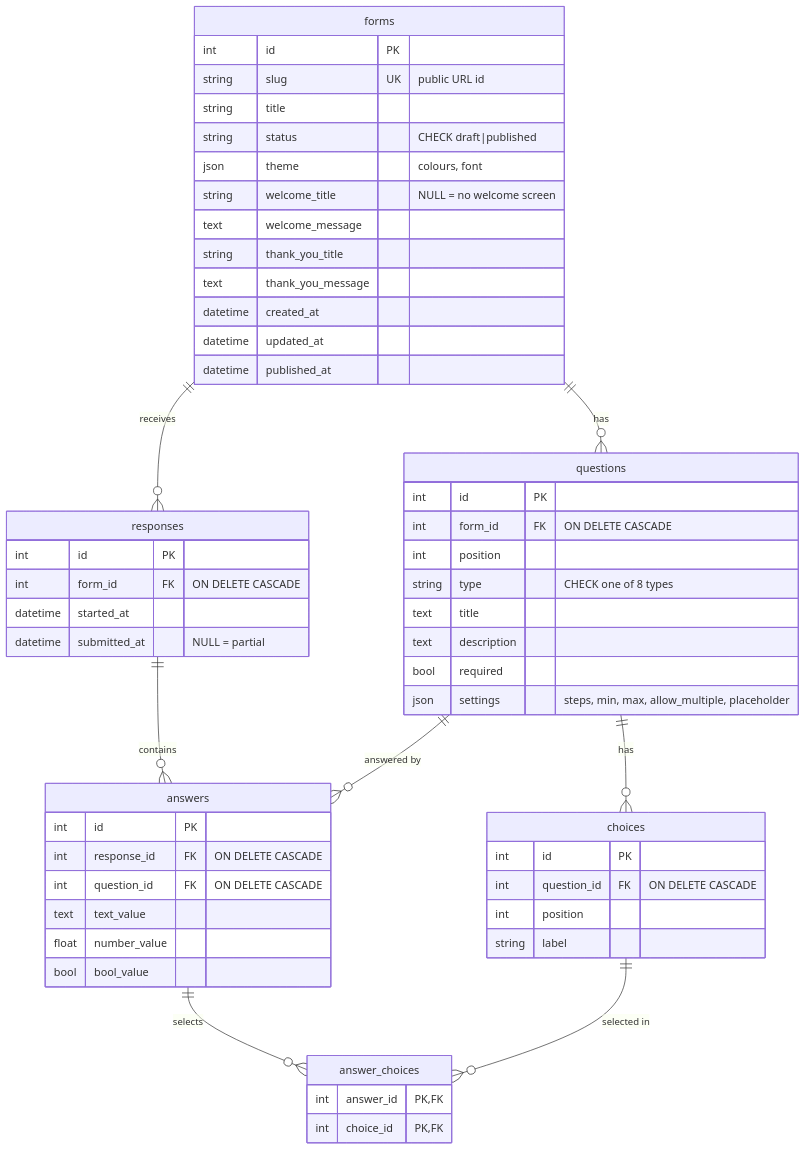
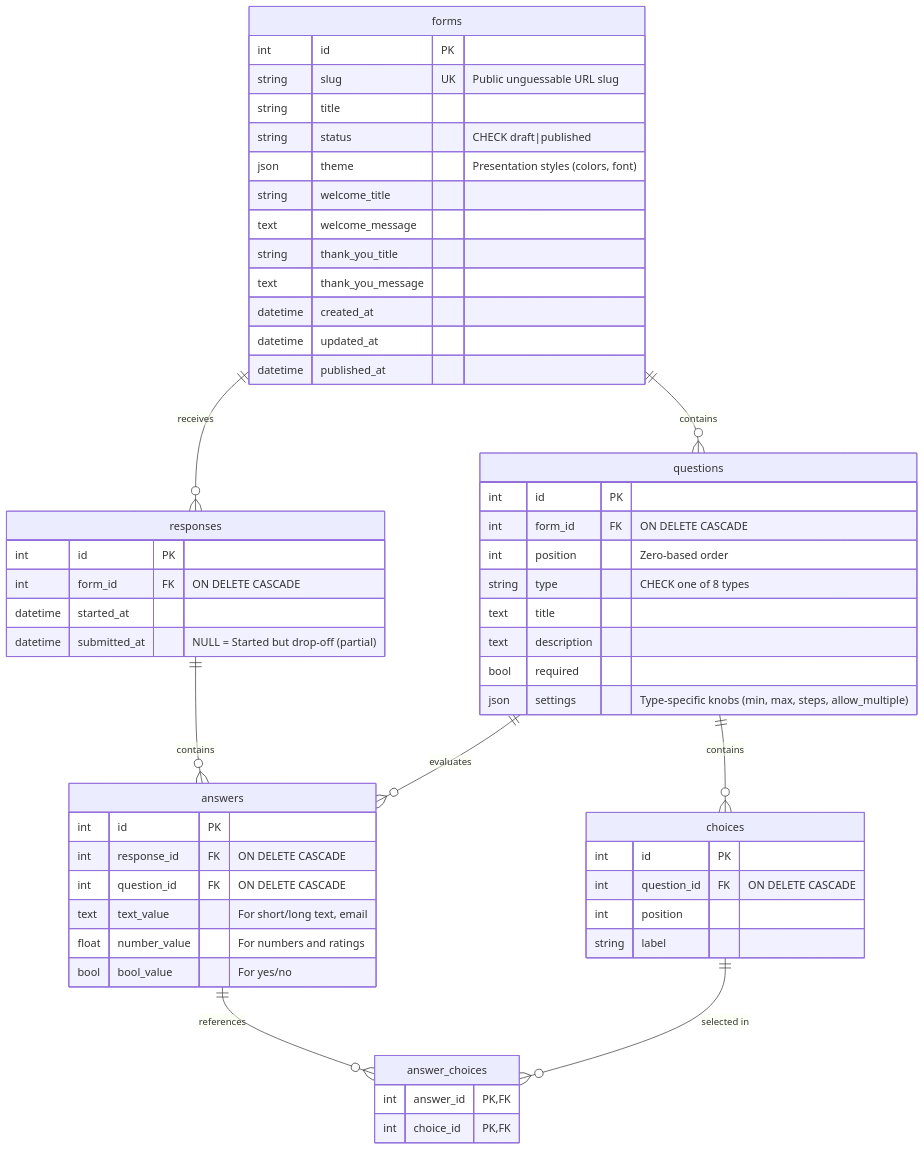
One commit to anupriya1810/typeform-clone changed the second of 2 diagrams in README.md. Above: the diagram before and after it, drawn with Mermaid. The commit also changed other lines of this file and 1 other file, not shown here.

````diff
--- a/README.md
+++ b/README.md
@@ -154,59 +116,64 @@
 ```mermaid
 erDiagram
-  forms ||--o{ questions : has
-  questions ||--o{ choices : has
+  forms ||--o{ questions : contains
+  questions ||--o{ choices : contains
   forms ||--o{ responses : receives
   responses ||--o{ answers : contains
-  questions ||--o{ answers : "answered by"
-  answers ||--o{ answer_choices : selects
+  questions ||--o{ answers : "evaluates"
+  answers ||--o{ answer_choices : references
   choices ||--o{ answer_choices : "selected in"
 
   forms {
     int id PK
-    string slug UK "public URL id"
+    string slug UK "Public unguessable URL slug"
     string title
     string status "CHECK draft|published"
-    json theme "colours, font"
-    string welcome_title "NULL = no welcome screen"
+    json theme "Presentation styles (colors, font)"
+    string welcome_title
     text welcome_message
     string thank_you_title
     text thank_you_message
     datetime created_at
     datetime updated_at
     datetime published_at
   }
+
   questions {
     int id PK
     int form_id FK "ON DELETE CASCADE"
-    int position
+    int position "Zero-based order"
     string type "CHECK one of 8 types"
     text title
     text description
     bool required
-    json settings "steps, min, max, allow_multiple, placeholder"
+    json settings "Type-specific knobs (min, max, steps, allow_multiple)"
   }
+
   choices {
     int id PK
     int question_id FK "ON DELETE CASCADE"
     int position
     string label
   }
+
   responses {
     int id PK
     int form_id FK "ON DELETE CASCADE"
     datetime started_at
-    datetime submitted_at "NULL = partial"
+    datetime submitted_at "NULL = Started but drop-off (partial)"
   }
+
   answers {
     int id PK
     int response_id FK "ON DELETE CASCADE"
     int question_id FK "ON DELETE CASCADE"
-    text text_value
-    float number_value
-    bool bool_value
+    text text_value "For short/long text, email"
+    float number_value "For numbers and ratings"
+    bool bool_value "For yes/no"
   }
+
   answer_choices {
     int answer_id PK,FK
     int choice_id PK,FK
   }
 ```
````
